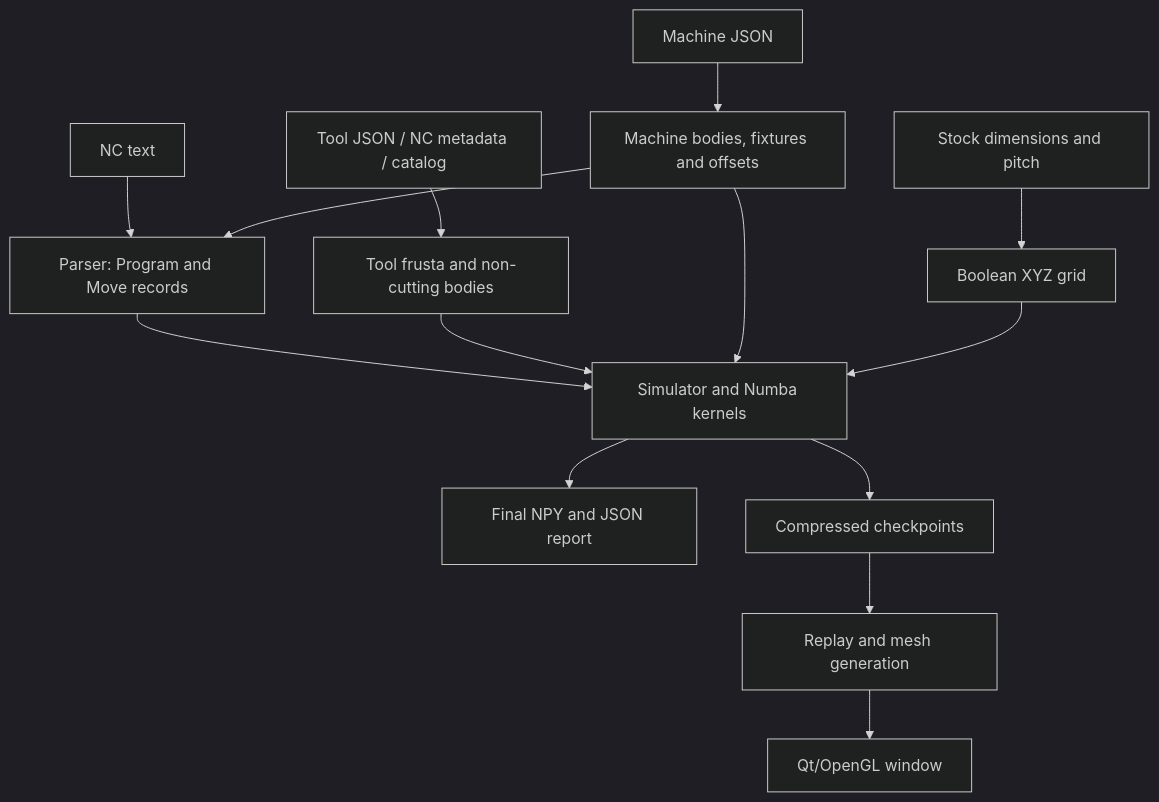
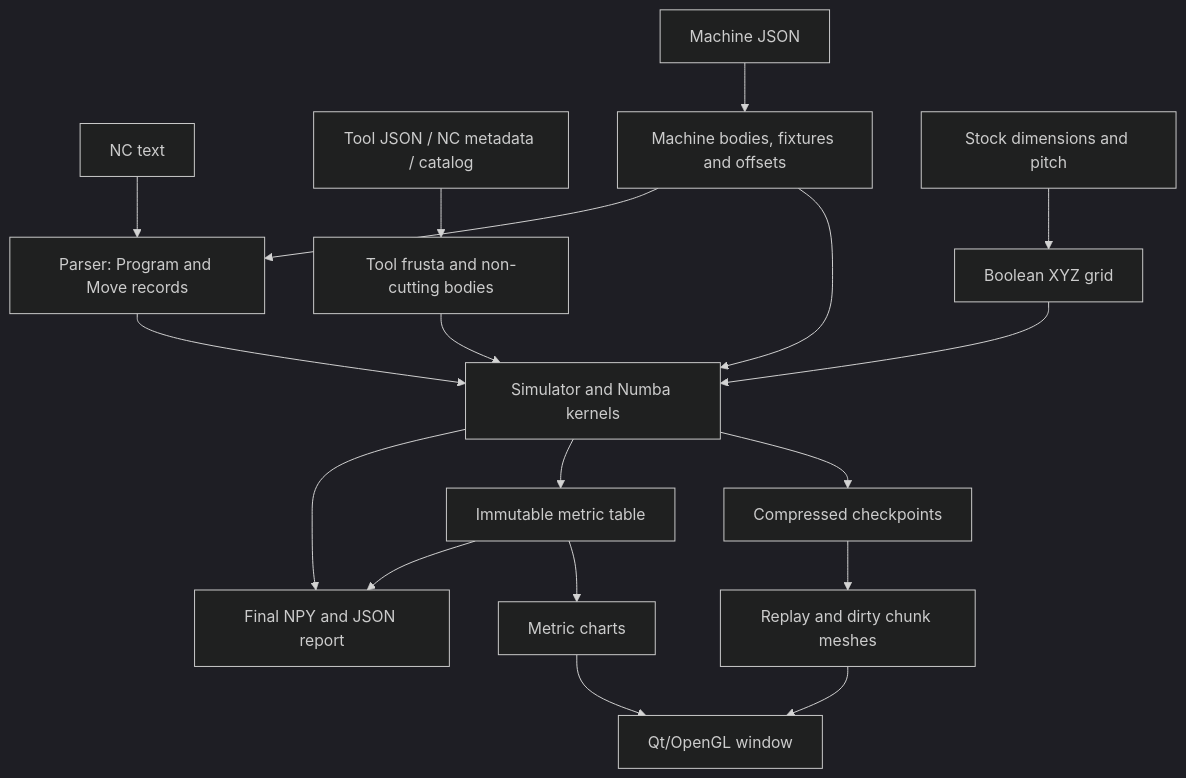
Before and after one commit to gnhdnb/cnc-sim: the diagram in HANDOVER.md, drawn with Mermaid (dark theme). The commit also changed other lines of this file and 15 other files, not shown here.

````diff
--- a/HANDOVER.md
+++ b/HANDOVER.md
@@ -96,16 +111,20 @@
 ```mermaid
 flowchart TD
     NC["NC text"] --> P["Parser: Program and Move records"]
     TJ["Tool JSON / NC metadata / catalog"] --> T["Tool frusta and non-cutting bodies"]
     MJ["Machine JSON"] --> M["Machine bodies, fixtures and offsets"]
     M --> P
     S["Stock dimensions and pitch"] --> G["Boolean XYZ grid"]
     P --> E["Simulator and Numba kernels"]
     T --> E
     M --> E
     G --> E
     E --> O["Final NPY and JSON report"]
+    E --> D["Immutable metric table"]
+    D --> O
+    D --> H["Metric charts"]
     E --> C["Compressed checkpoints"]
-    C --> R["Replay and mesh generation"]
+    C --> R["Replay and dirty chunk meshes"]
     R --> W["Qt/OpenGL window"]
+    H --> W
 ```
````
